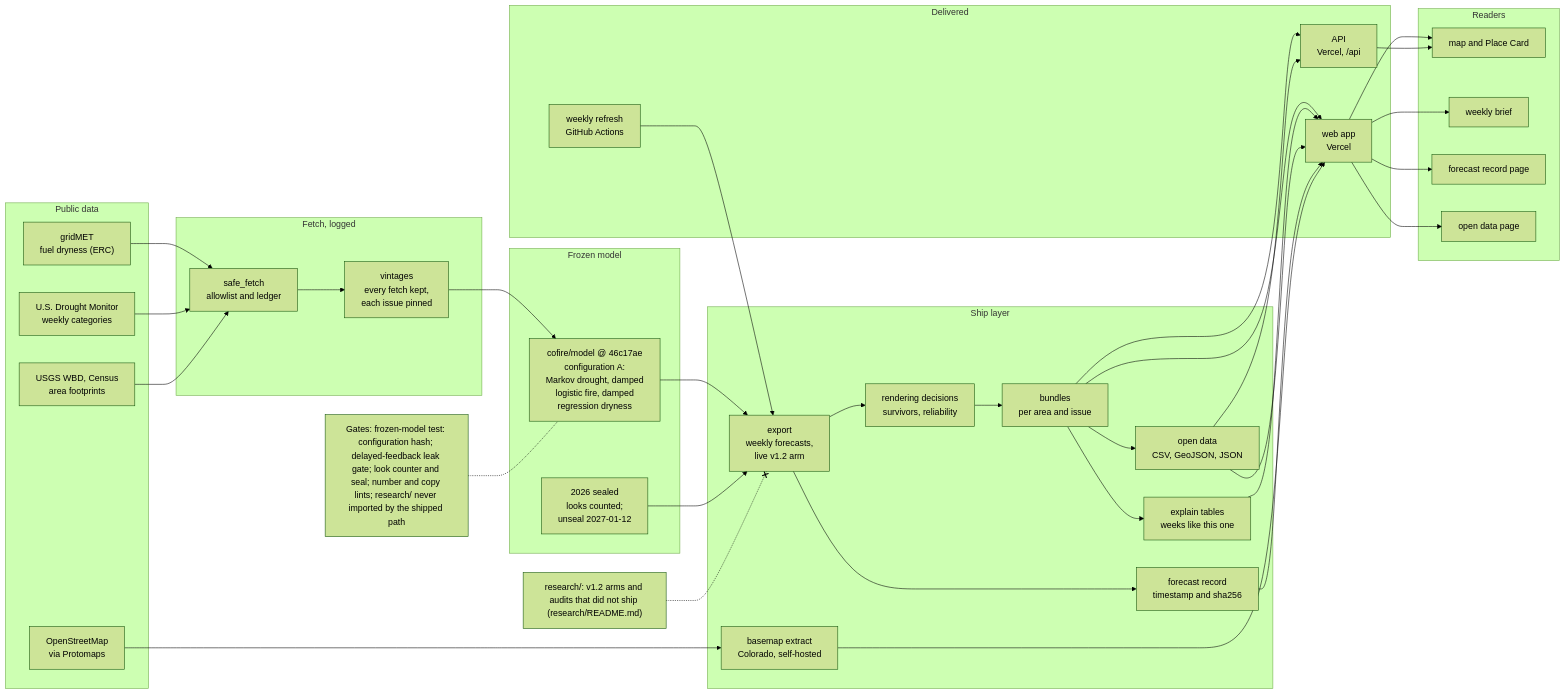
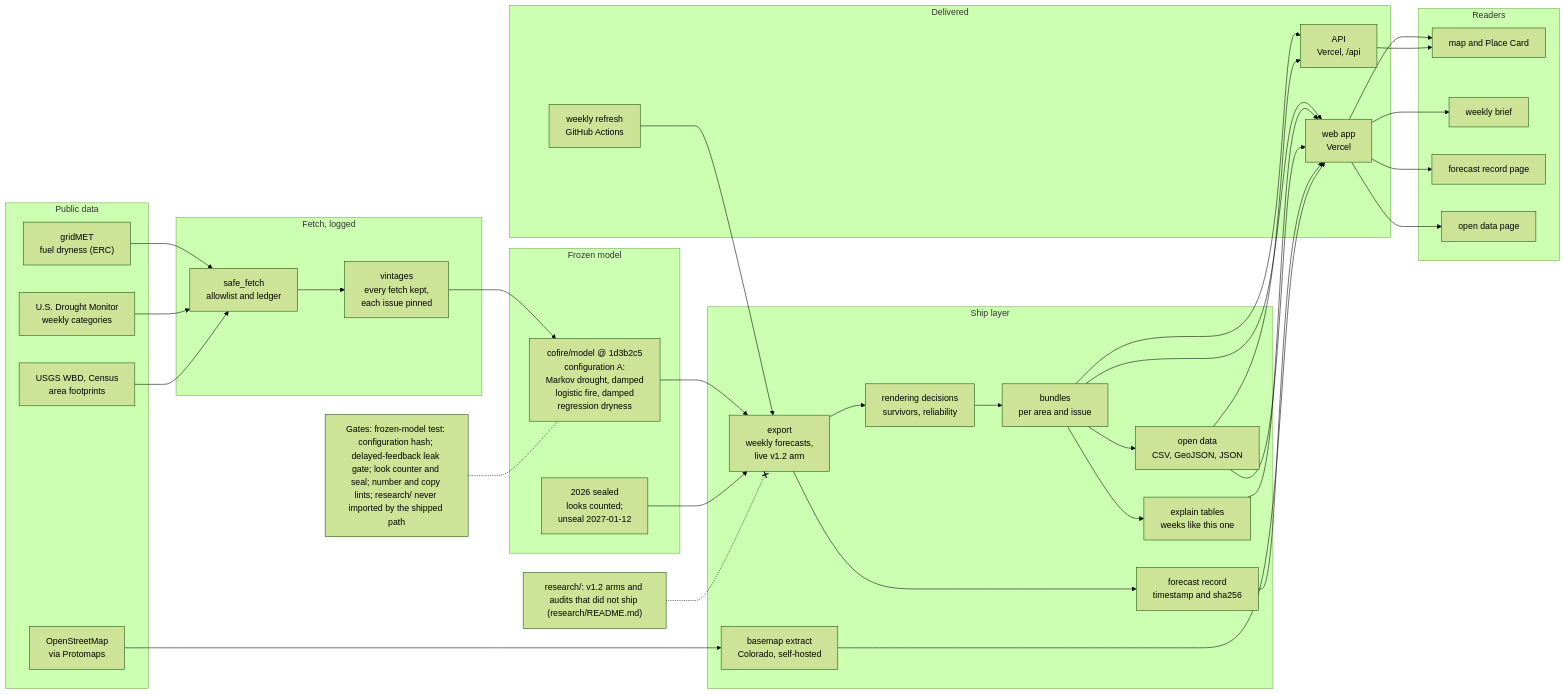
Before and after one commit to esaran1/cofire: the diagram in README.md, drawn with Mermaid (forest theme). The commit also changed 18 other files, not shown here.

````diff
--- a/README.md
+++ b/README.md
@@ -30,67 +30,67 @@
 ```mermaid
 flowchart LR
   subgraph c0["Public data"]
     gridmet["gridMET<br/>fuel dryness (ERC)"]
     usdm["U.S. Drought Monitor<br/>weekly categories"]
     bounds["USGS WBD, Census<br/>area footprints"]
     osm["OpenStreetMap<br/>via Protomaps"]
   end
   subgraph c1["Fetch, logged"]
     fetch["safe_fetch<br/>allowlist and ledger"]
     vintages["vintages<br/>every fetch kept,<br/>each issue pinned"]
   end
   subgraph c2["Frozen model"]
-    model["cofire/model @ 46c17ae<br/>configuration A:<br/>Markov drought, damped<br/>logistic fire, damped<br/>regression dryness"]
+    model["cofire/model @ 1d3b2c5<br/>configuration A:<br/>Markov drought, damped<br/>logistic fire, damped<br/>regression dryness"]
     seal["2026 sealed<br/>looks counted;<br/>unseal 2027-01-12"]
   end
   subgraph c3["Ship layer"]
     export["export<br/>weekly forecasts,<br/>live v1.2 arm"]
     render["rendering decisions<br/>survivors, reliability"]
     bundles["bundles<br/>per area and issue"]
     explain["explain tables<br/>weeks like this one"]
     open["open data<br/>CSV, GeoJSON, JSON"]
     record["forecast record<br/>timestamp and sha256"]
     tiles["basemap extract<br/>Colorado, self-hosted"]
   end
   subgraph c4["Delivered"]
     refresh["weekly refresh<br/>GitHub Actions"]
     site["web app<br/>Vercel"]
     api["API<br/>Vercel, /api"]
   end
   subgraph c5["Readers"]
     map["map and Place Card"]
     brief["weekly brief"]
     scoreboard["forecast record page"]
     data["open data page"]
   end
   gridmet --> fetch
   usdm --> fetch
   bounds --> fetch
   osm --> tiles
   fetch --> vintages
   vintages --> model
   model --> export
   seal --> export
   export --> render
   render --> bundles
   bundles --> explain
   bundles --> open
   export --> record
   refresh --> export
   bundles --> site
   explain --> site
   open --> site
   record --> site
   tiles --> site
   bundles --> api
   open --> api
   site --> map
   site --> brief
   site --> scoreboard
   site --> data
   api --> map
   gates["Gates: frozen-model test: configuration hash; delayed-feedback leak gate; look counter and seal; number and copy lints; research/ never imported by the shipped path"]
   research["research/: v1.2 arms and audits that did not ship (research/README.md)"]
   gates -.- model
   research -.-x export
 ```
````
